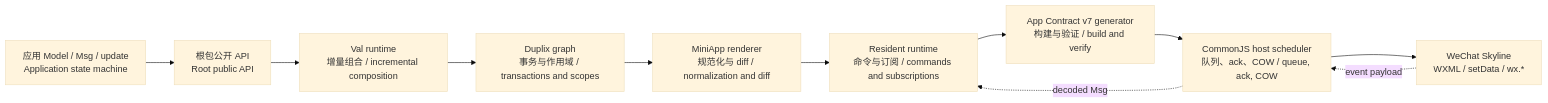
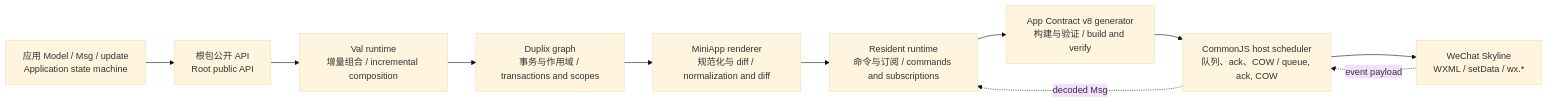
Before and after one commit to lucavance/minimoon: the diagram in docs/code-analysis/assets/diagrams/source/README-1.mmd, drawn with Mermaid (base theme). The commit also changed 296 other files, not shown here.

```diff
--- a/docs/code-analysis/assets/diagrams/source/README-1.mmd
+++ b/docs/code-analysis/assets/diagrams/source/README-1.mmd
@@ -1,21 +1,21 @@
 flowchart LR
     App[应用 Model / Msg / update<br/>Application state machine]
     Public[根包公开 API<br/>Root public API]
     Val[Val runtime<br/>增量组合 / incremental composition]
     Graph[Duplix graph<br/>事务与作用域 / transactions and scopes]
     Renderer[MiniApp renderer<br/>规范化与 diff / normalization and diff]
     Runtime[Resident runtime<br/>命令与订阅 / commands and subscriptions]
-    Generator[App Contract v7 generator<br/>构建与验证 / build and verify]
+    Generator[App Contract v8 generator<br/>构建与验证 / build and verify]
     Host[CommonJS host scheduler<br/>队列、ack、COW / queue, ack, COW]
     Skyline[WeChat Skyline<br/>WXML / setData / wx.*]
 
     App --> Public
     Public --> Val
     Val --> Graph
     Graph --> Renderer
     Renderer --> Runtime
     Runtime --> Generator
     Generator --> Host
     Host --> Skyline
     Skyline -. event payload .-> Host
     Host -. decoded Msg .-> Runtime
```
